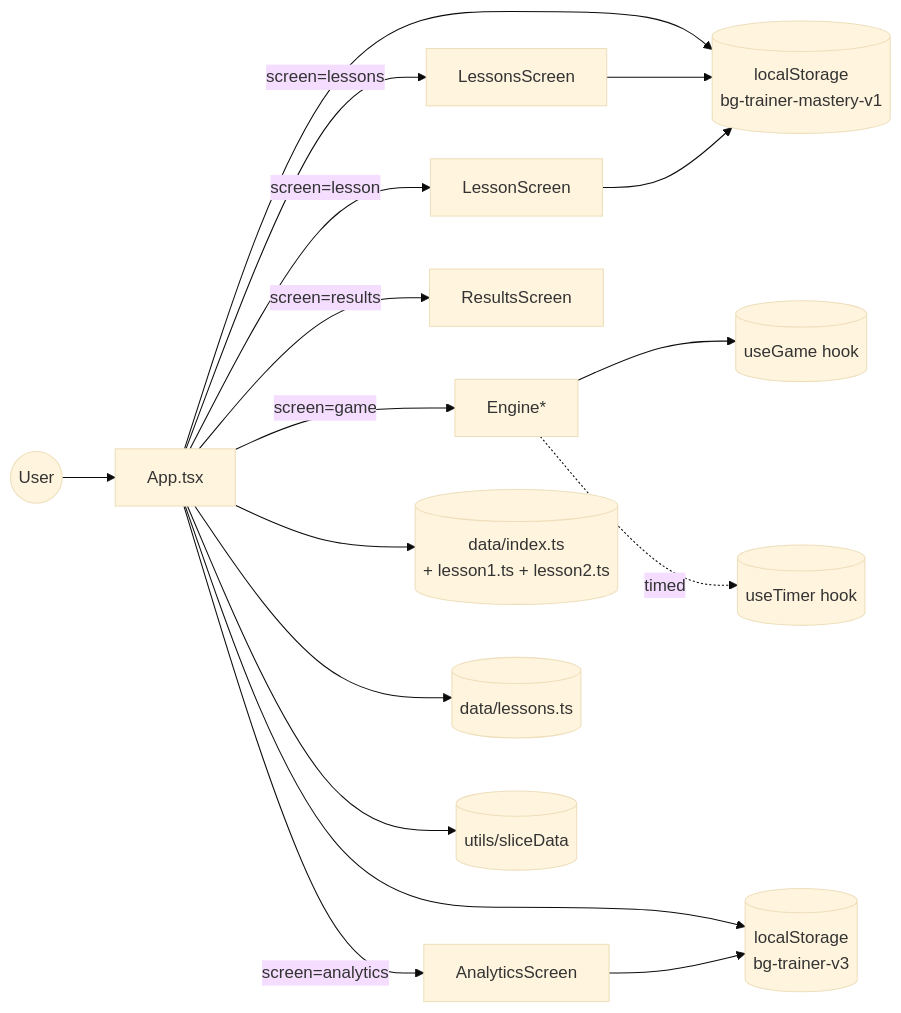
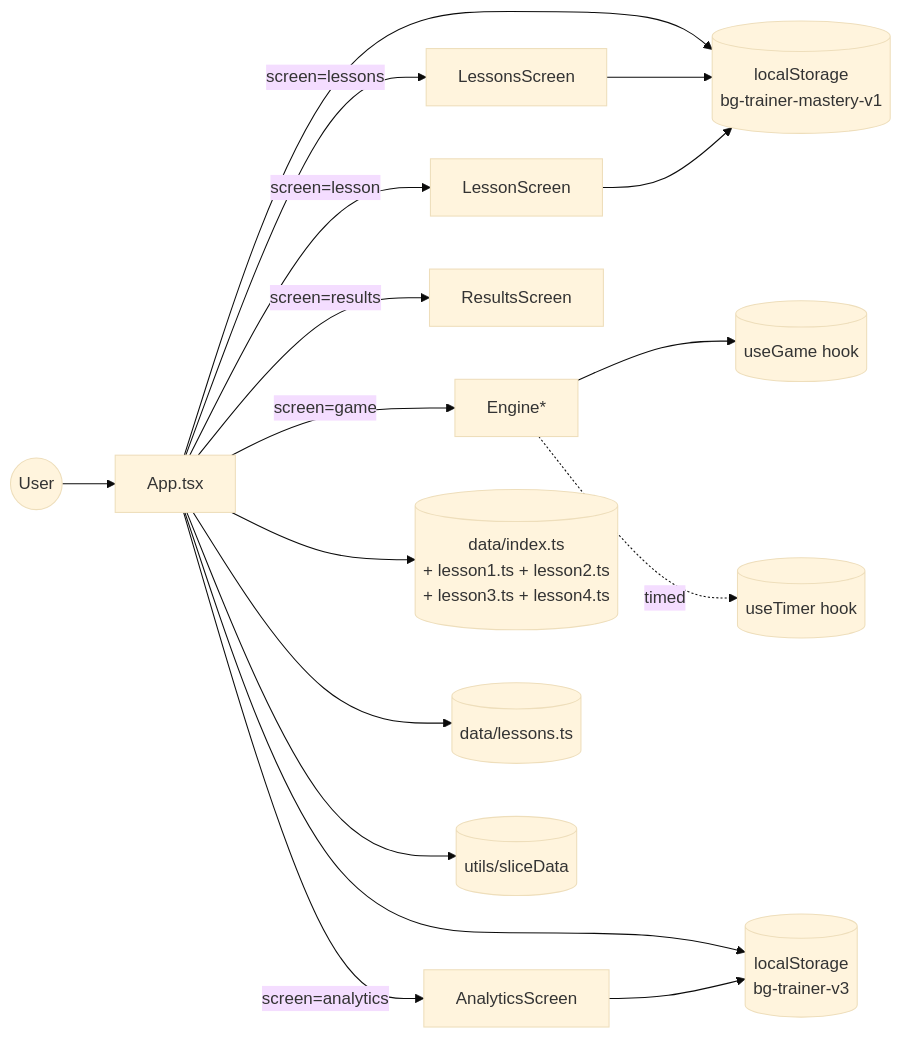
The diagram in documents/design.md (korchasa/bg-trainer), drawn with Mermaid (base theme) before and after one commit. The commit also changed other lines of this file and 5 other files, not shown here.

````diff
--- a/documents/design.md
+++ b/documents/design.md
@@ -9,19 +9,19 @@
   ```mermaid
   flowchart LR
     User((User)) --> App[App.tsx]
     App -->|screen=lessons| Lessons[LessonsScreen]
     App -->|screen=lesson| Lesson[LessonScreen]
     App -->|screen=game| Engine[Engine*]
     App -->|screen=results| Results[ResultsScreen]
     App -->|screen=analytics| Analytics[AnalyticsScreen]
     Engine --> useGame[(useGame hook)]
     Engine -.timed.-> useTimer[(useTimer hook)]
     App --> History[(localStorage\n bg-trainer-v3)]
     App --> Mastery[(localStorage\n bg-trainer-mastery-v1)]
     Analytics --> History
     Lessons --> Mastery
     Lesson --> Mastery
-    App --> Data[(data/index.ts\n + lesson1.ts + lesson2.ts)]
+    App --> Data[(data/index.ts\n + lesson1.ts + lesson2.ts\n + lesson3.ts + lesson4.ts)]
     App --> Lessons2[(data/lessons.ts)]
     App --> Slice[(utils/sliceData)]
   ```
````
